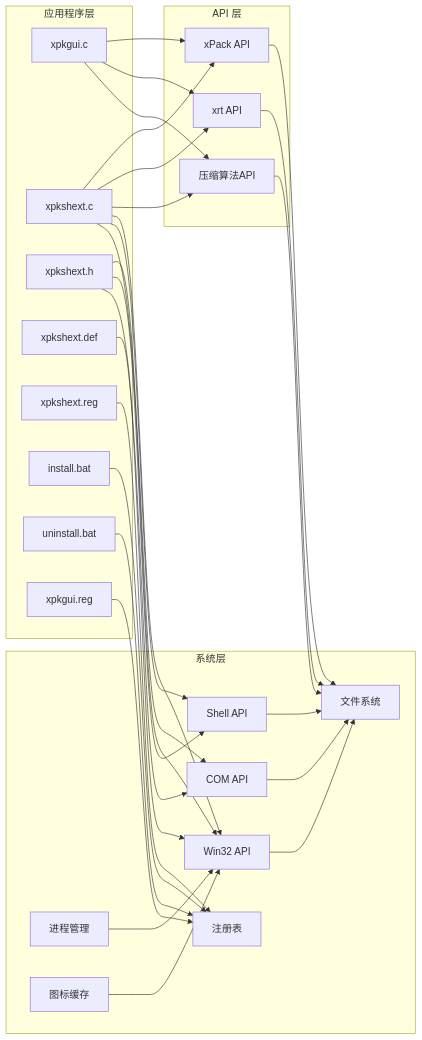
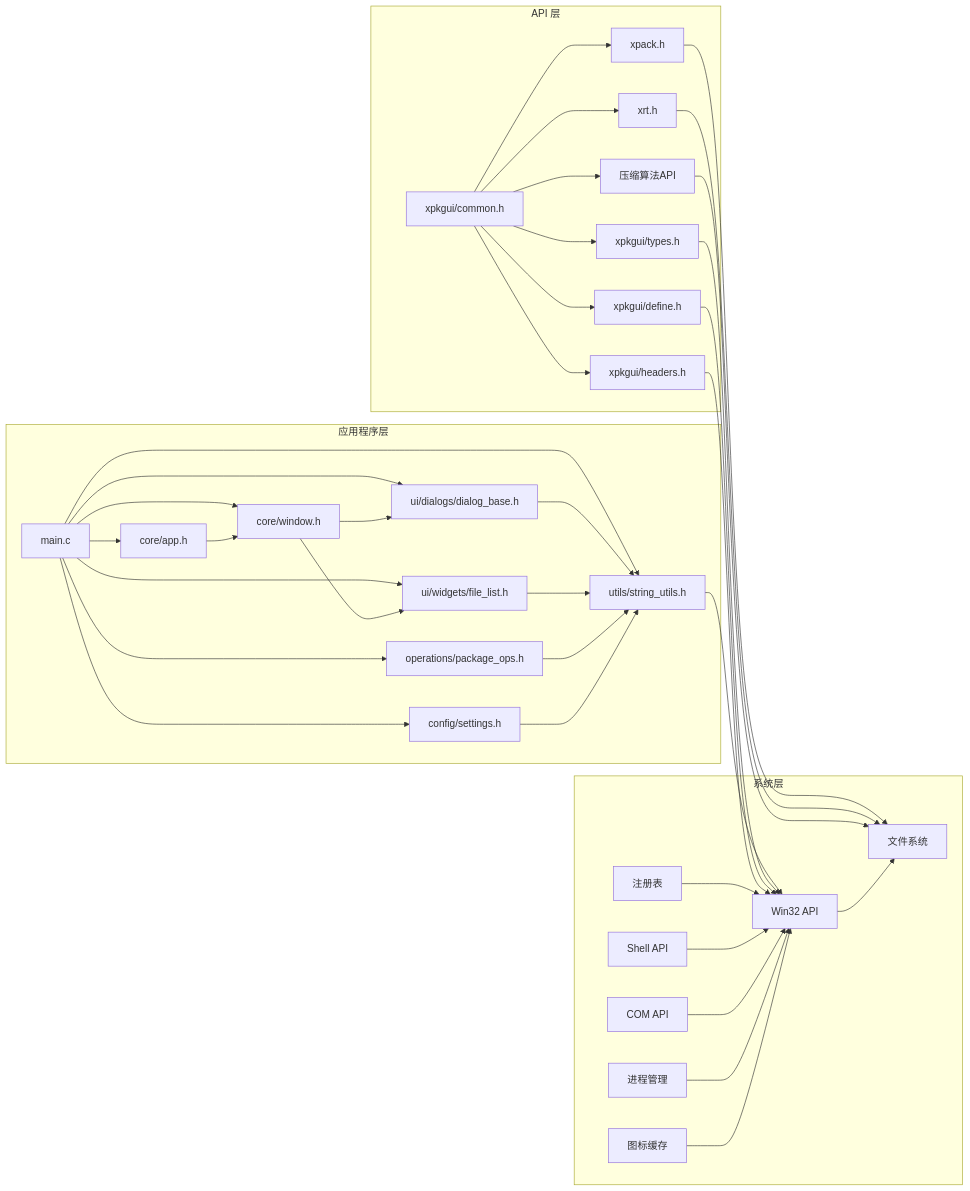
Before and after one commit to xywhsoft/xpack: diagram 14 of 15 in .qoder/repowiki/zh/content/开发者指南/xpkgui 图形界面工具.md, drawn with Mermaid. The commit also changed other lines of this file and 14 other files, not shown here.

````diff
--- a/.qoder/repowiki/zh/content/开发者指南/xpkgui 图形界面工具.md
+++ b/.qoder/repowiki/zh/content/开发者指南/xpkgui 图形界面工具.md
@@ -896,52 +790,64 @@
 ```mermaid
 graph LR
 subgraph "应用程序层"
-A[xpkgui.c]
-B[xpkshext.c]
-C[xpkshext.h]
-D[xpkshext.def]
-E[xpkshext.reg]
-F[install.bat]
-G[uninstall.bat]
-H[xpkgui.reg]
+A[main.c]
+B[core/app.h]
+C[core/window.h]
+D[ui/dialogs/dialog_base.h]
+E[ui/widgets/file_list.h]
+F[operations/package_ops.h]
+G[config/settings.h]
+H[utils/string_utils.h]
 end
 subgraph "API 层"
-I[xPack API]
-J[xrt API]
-K[压缩算法API]
+I[xpkgui/common.h]
+J[xpkgui/types.h]
+K[xpkgui/define.h]
+L[xpkgui/headers.h]
+M[xpack.h]
+N[xrt.h]
+O[压缩算法API]
 end
 subgraph "系统层"
-L[Win32 API]
-M[文件系统]
-N[注册表]
-O[Shell API]
-P[COM API]
-Q[进程管理]
-R[图标缓存]
+P[Win32 API]
+Q[文件系统]
+R[注册表]
+S[Shell API]
+T[COM API]
+U[进程管理]
+V[图标缓存]
 end
-A --> I
-A --> J
-A --> K
-B --> I
-B --> J
-B --> K
-B --> L
-B --> O
-B --> P
-C --> L
-C --> O
-C --> P
-D --> L
-E --> N
-F --> N
-G --> N
-H --> N
+A --> B
+A --> C
+A --> D
+A --> E
+A --> F
+A --> G
+A --> H
+B --> C
+C --> D
+C --> E
+D --> H
+E --> H
+F --> H
+G --> H
+H --> P
+I --> J
+I --> K
+I --> L
 I --> M
-J --> M
-K --> M
-L --> M
-O --> M
-P --> M
-Q --> L
-R --> L
+I --> N
+I --> O
+J --> P
+K --> P
+L --> P
+M --> Q
+N --> Q
+O --> Q
+P --> Q
+R --> P
+S --> P
+T --> P
+U --> P
+V --> P
 ```
````
